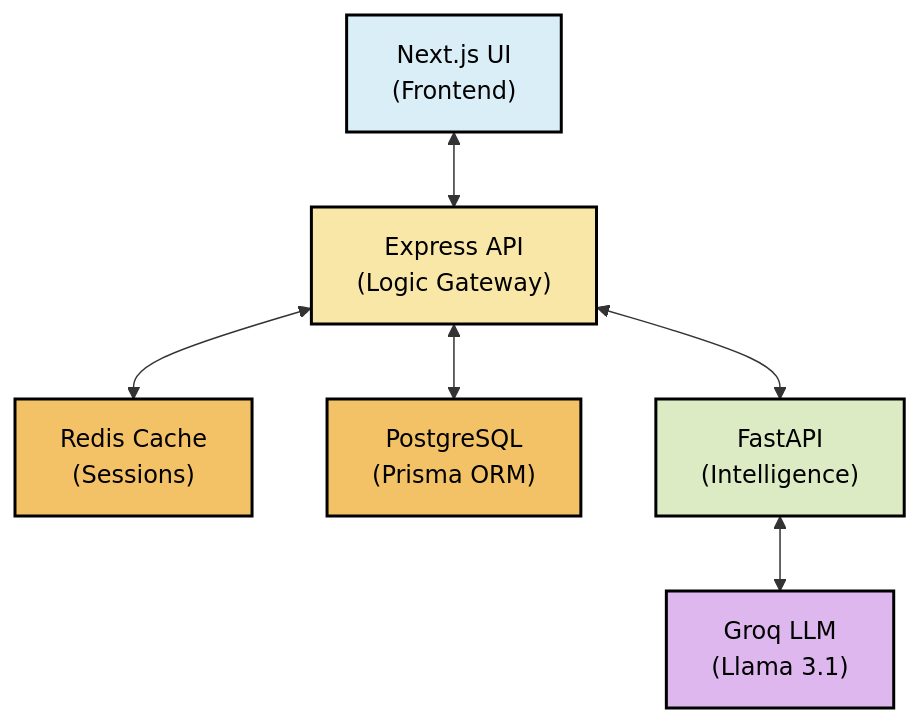
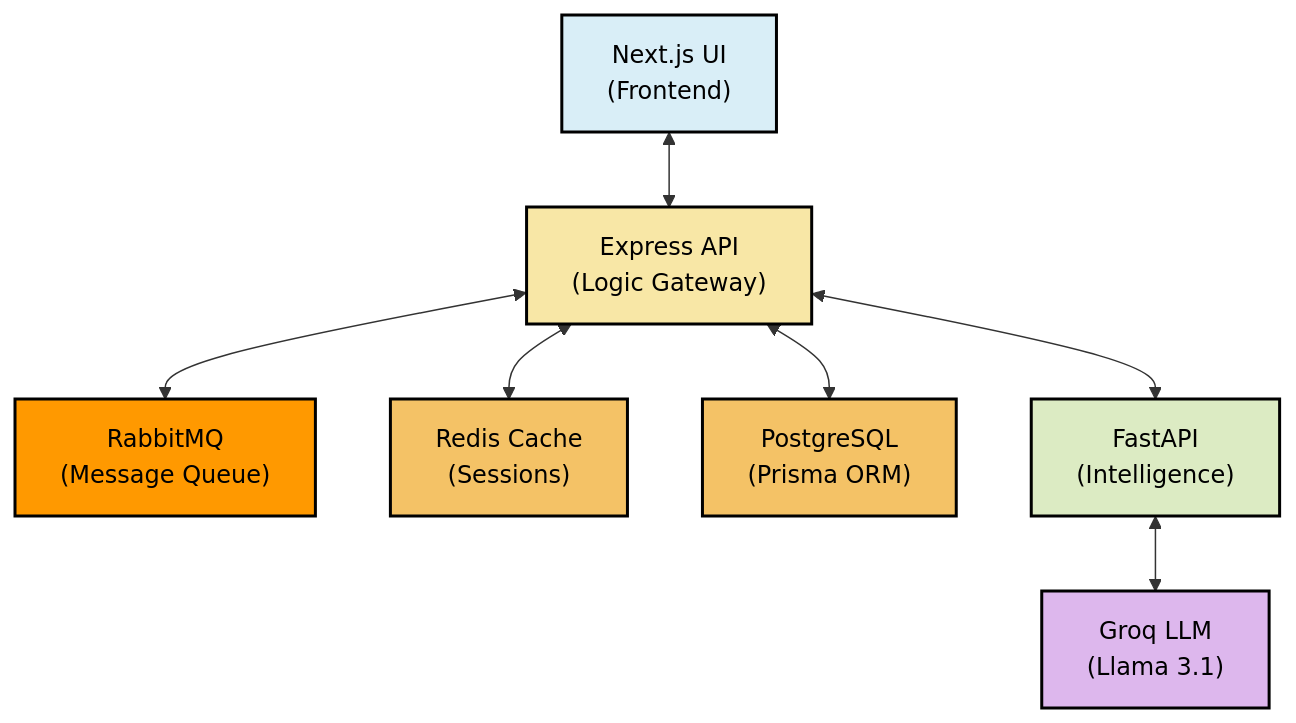
The first of 2 diagrams in readme.md (KarthikSP1911/MSR-Insight), drawn with Mermaid before and after one commit. The commit also changed other lines of this file and 13 other files, not shown here.

````diff
--- a/readme.md
+++ b/readme.md
@@ -30,35 +30,41 @@
 ```mermaid
 flowchart TB
 
     UI["Next.js UI<br/>(Frontend)"]
 
     API["Express API<br/>(Logic Gateway)"]
+    
+    RMQ["RabbitMQ<br/>(Message Queue)"]
 
     Redis["Redis Cache<br/>(Sessions)"]
     DB["PostgreSQL<br/>(Prisma ORM)"]
     FastAPI["FastAPI<br/>(Intelligence)"]
 
     LLM["Groq LLM<br/>(Llama 3.1)"]
 
     UI <--> API
+
+    API <--> RMQ
 
     API <--> Redis
 
     API <--> DB
 
     API <--> FastAPI
 
     FastAPI <--> LLM
 
     %% Styling
     style UI fill:#D9EEF7,stroke:#000,stroke-width:2px,color:#000
 
     style API fill:#F8E7A6,stroke:#000,stroke-width:2px,color:#000
+    
+    style RMQ fill:#FF9900,stroke:#000,stroke-width:2px,color:#000
 
     style Redis fill:#F4C266,stroke:#000,stroke-width:2px,color:#000
     style DB fill:#F4C266,stroke:#000,stroke-width:2px,color:#000
 
     style FastAPI fill:#DCEBC3,stroke:#000,stroke-width:2px,color:#000
 
     style LLM fill:#DDB7ED,stroke:#000,stroke-width:2px,color:#000
 ```
````
